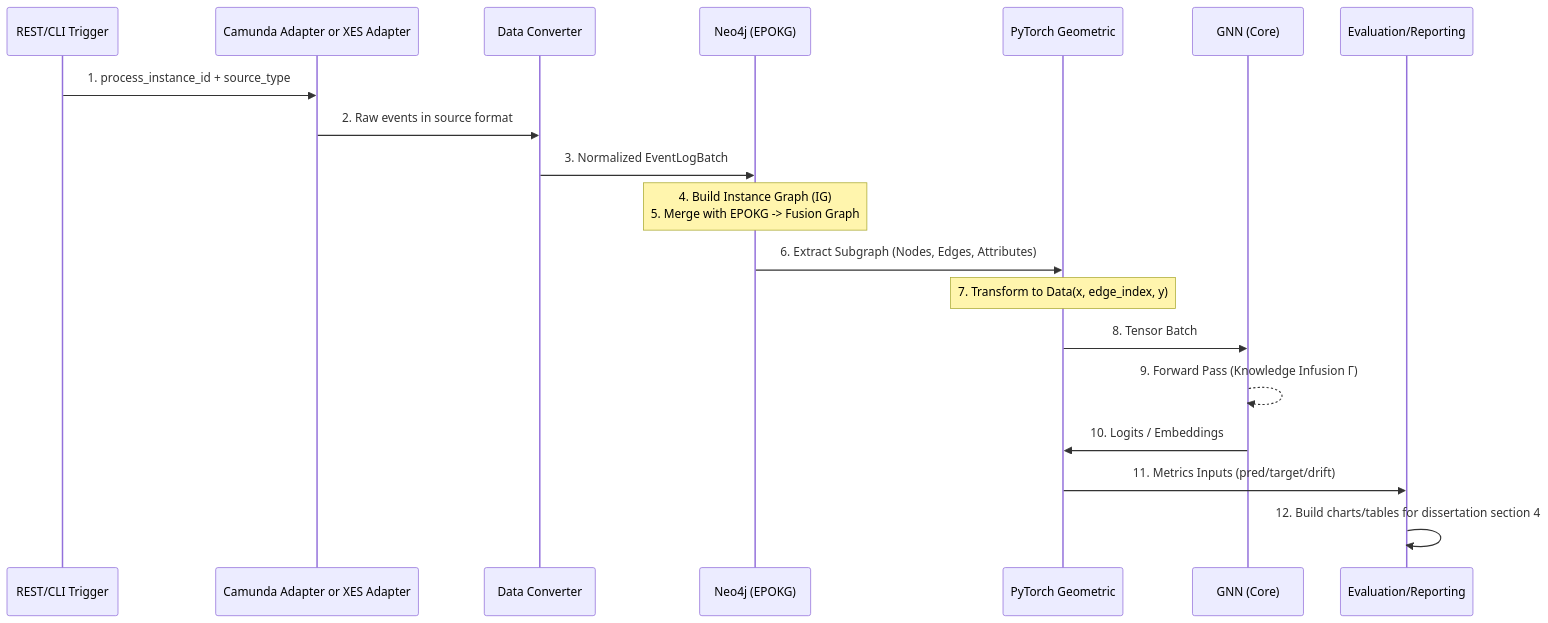
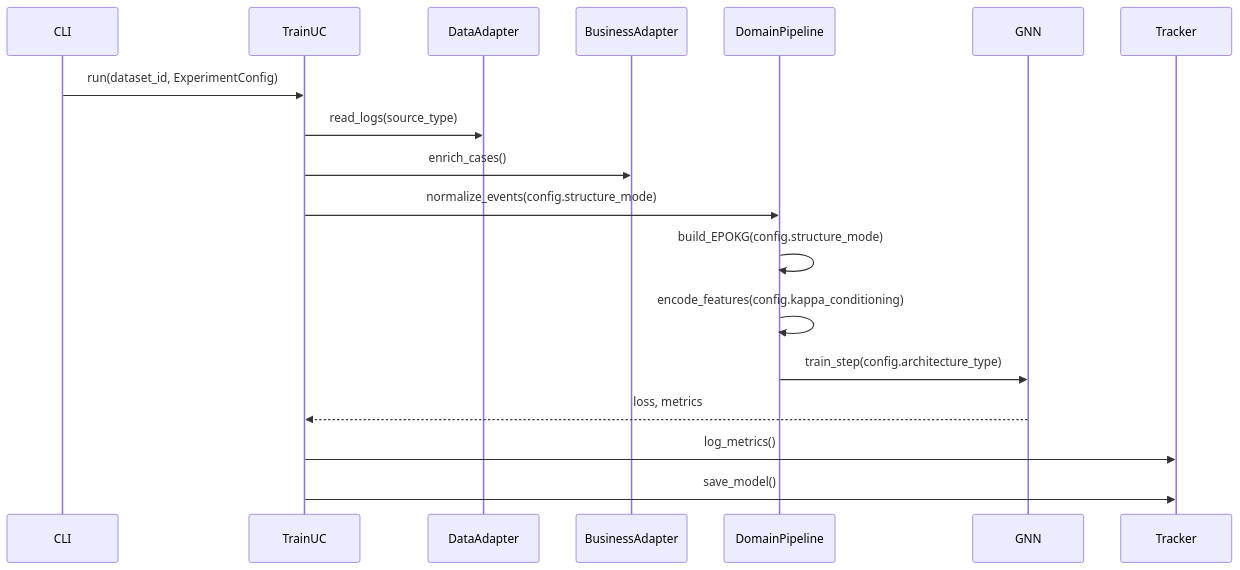
Before and after one commit to ghsrg/bpm_prediction: the third of 7 diagrams in ARCHITECTURE.MD, drawn with Mermaid. The commit also changed other lines of this file and 7 other files, not shown here.

Commit message:
docs: enforce ports-based dependencies in architecture diagrams

````diff
--- a/ARCHITECTURE.MD
+++ b/ARCHITECTURE.MD
@@ -269,22 +457,28 @@
 ```mermaid
 sequenceDiagram
-    participant API as REST/CLI Trigger
-    participant Src as Camunda Adapter or XES Adapter
-    participant Conv as Data Converter
-    participant Graph as Neo4j (EPOKG)
-    participant PyG as PyTorch Geometric
-    participant Model as GNN (Core)
-    participant Eval as Evaluation/Reporting
+    participant CLI
+    participant TrainUC
+    participant DataAdapter
+    participant BusinessAdapter
+    participant DomainPipeline
+    participant GNN
+    participant Tracker
 
-    API->>Src: 1. process_instance_id + source_type
-    Src->>Conv: 2. Raw events in source format
-    Conv->>Graph: 3. Normalized EventLogBatch
-    Note over Graph: 4. Build Instance Graph (IG)<br/>5. Merge with EPOKG -> Fusion Graph
-    Graph->>PyG: 6. Extract Subgraph (Nodes, Edges, Attributes)
-    Note over PyG: 7. Transform to Data(x, edge_index, y)
-    PyG->>Model: 8. Tensor Batch
-    Model-->>Model: 9. Forward Pass (Knowledge Infusion Γ)
-    Model->>PyG: 10. Logits / Embeddings
-    PyG->>Eval: 11. Metrics Inputs (pred/target/drift)
-    Eval->>Eval: 12. Build charts/tables for dissertation section 4
+    CLI->>TrainUC: run(dataset_id, ExperimentConfig)
+
+    TrainUC->>DataAdapter: read_logs(source_type)
+    TrainUC->>BusinessAdapter: enrich_cases()
+
+    TrainUC->>DomainPipeline: normalize_events(config.structure_mode)
+
+    DomainPipeline->>DomainPipeline: build_EPOKG(config.structure_mode)
+
+    DomainPipeline->>DomainPipeline: encode_features(config.kappa_conditioning)
+
+    DomainPipeline->>GNN: train_step(config.architecture_type)
+
+    GNN-->>TrainUC: loss, metrics
+
+    TrainUC->>Tracker: log_metrics()
+    TrainUC->>Tracker: save_model()
 ```
````
